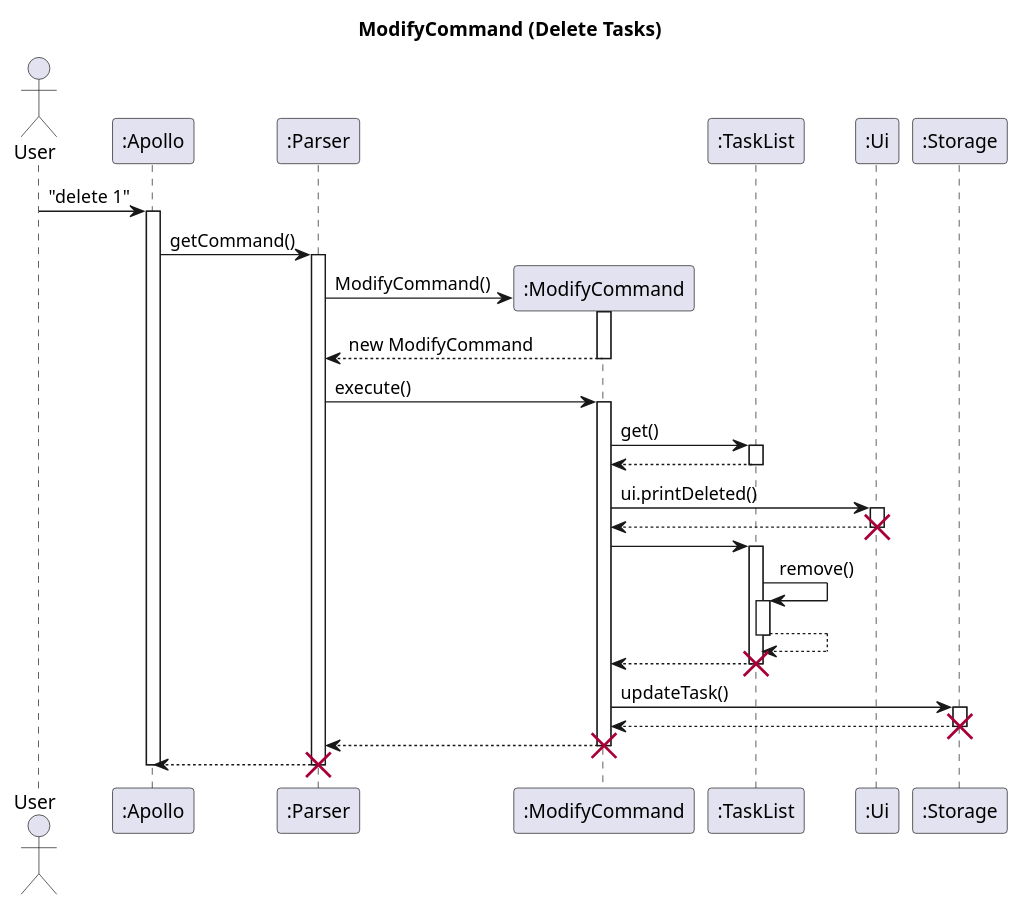
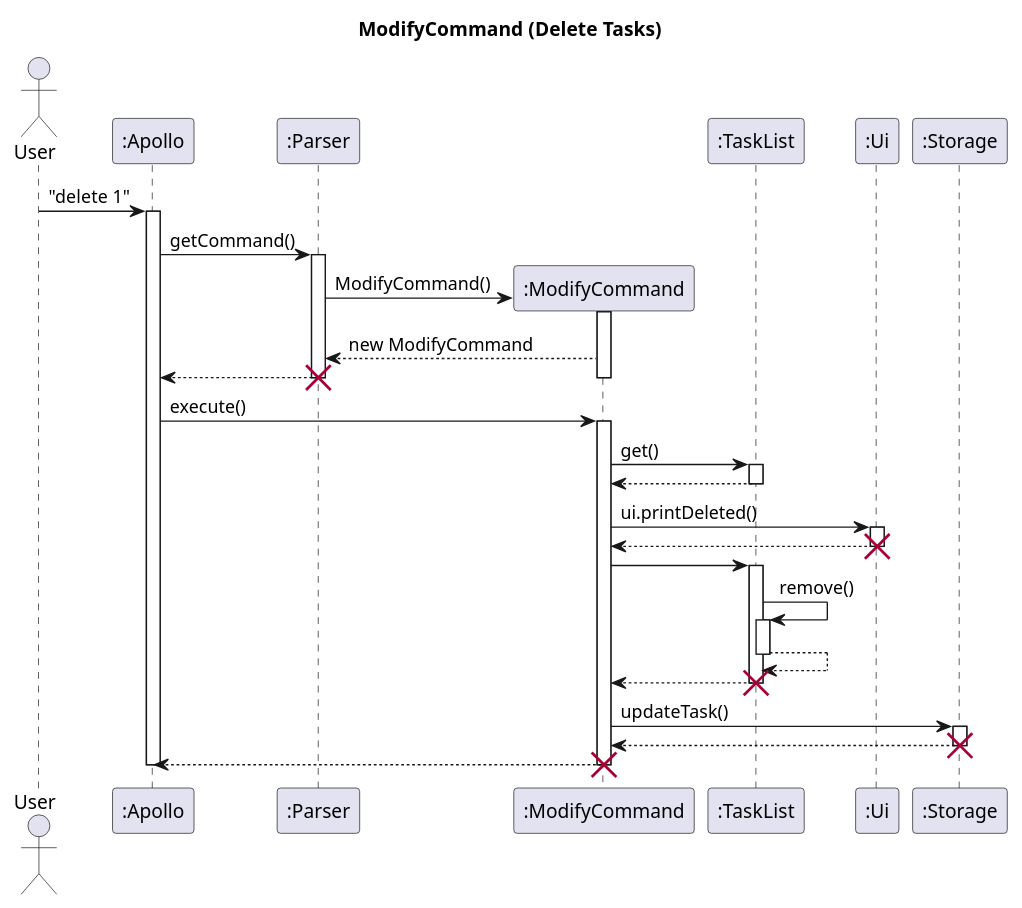
One commit to nus-cs2113-AY2223S2/tp changed the diagram in docs/uml-source/sequence/DeleteCommand.puml. Above: the diagram before and after it, drawn with PlantUML. The commit also changed 4 other files, not shown here.

Commit message:
Final update to sequence diagrams

```diff
--- a/docs/uml-source/sequence/DeleteCommand.puml
+++ b/docs/uml-source/sequence/DeleteCommand.puml
@@ -1,60 +1,61 @@
 @startuml
 'https://plantuml.com/sequence-diagram
 
 skinparam maxMessageSize 150
 title ModifyCommand (Delete Tasks)
 
 actor User
 participant ":Apollo" as Apollo
 participant ":Parser" as Parser
 participant ":ModifyCommand" as modify
 
 participant ":TaskList" as TaskList
 participant ":Ui" as Ui
 participant ":Storage" as Storage
 
 User -> Apollo : "delete 1"
 activate Apollo
 Apollo -> Parser : getCommand()
 activate Parser
 Parser -> modify** : ModifyCommand()
 activate modify
 modify --> Parser: new ModifyCommand
+Parser --> Apollo
 deactivate modify
+deactivate Parser
+destroy "Parser"
 
-Parser -> modify : execute()
+Apollo -> modify : execute()
 
 activate modify
 
 
 modify -> TaskList: get()
 activate TaskList
 TaskList --> modify
 deactivate TaskList
 modify -> Ui:ui.printDeleted()
 activate Ui
 Ui --> modify
 deactivate Ui
 destroy Ui
 modify -> TaskList
 activate TaskList
 
 TaskList -> TaskList ++ :remove()
 return
 return
 destroy TaskList
 
 modify -> Storage: updateTask()
 activate Storage
 Storage --> modify
 destroy Storage
 
-modify --> Parser
+modify --> Apollo
 deactivate modify
 destroy modify
 
-Parser --> Apollo
-destroy Parser
 deactivate Apollo
 
 @enduml
```
